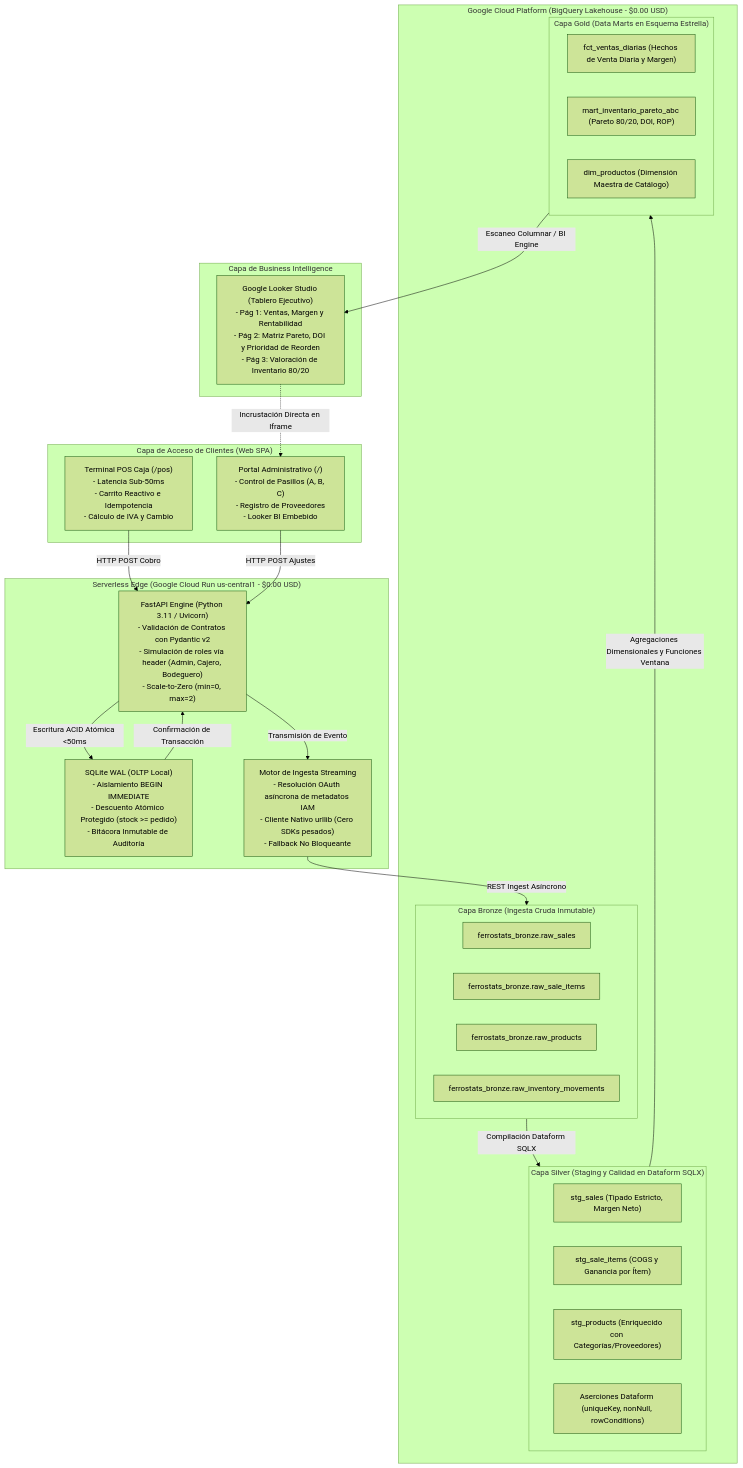
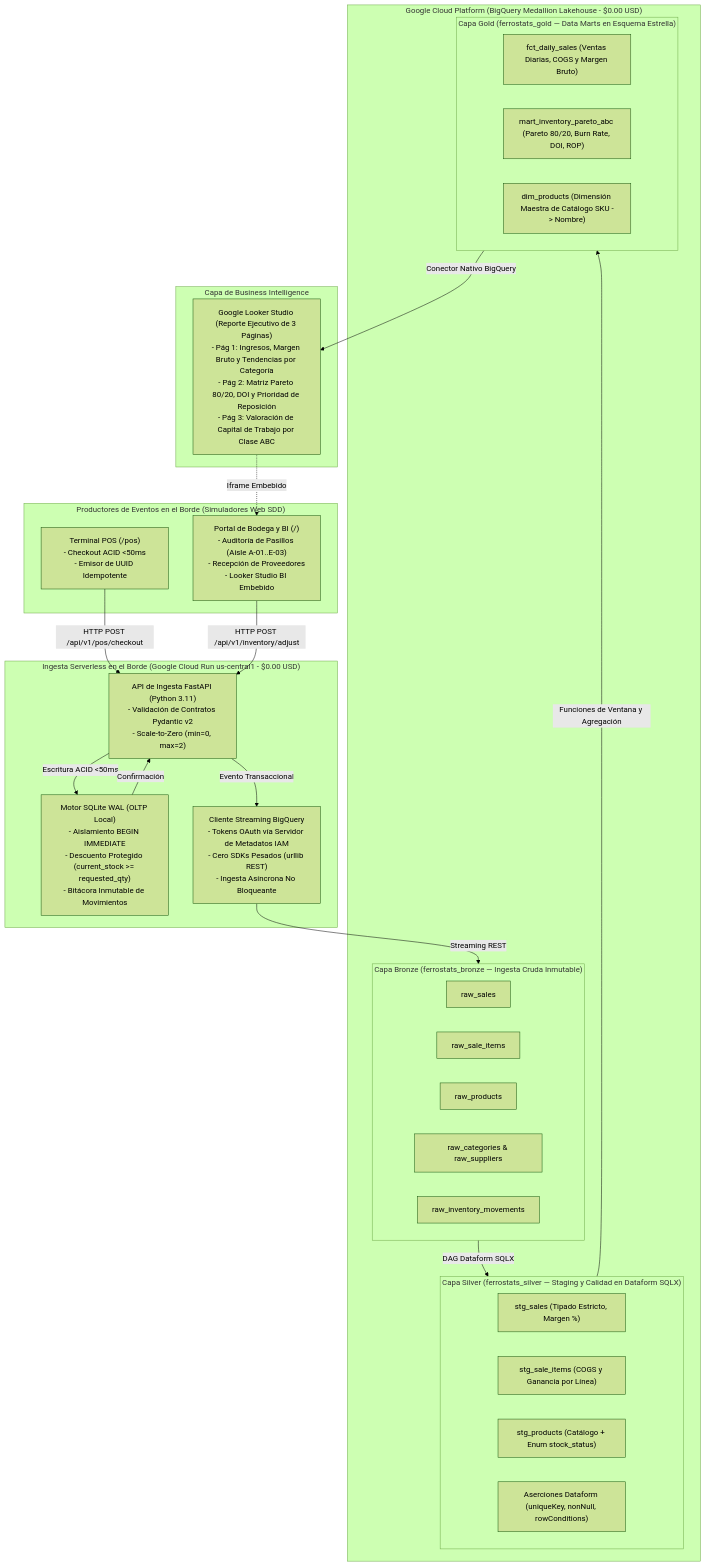
Before and after one commit to bapatata688/Ferrostats: the diagram in README.es.md, drawn with Mermaid (forest theme). The commit also changed other lines of this file and 24 other files, not shown here.

Commit message:
feat(data-platform): standardize English catalog, Dataform Gold marts, POS/BI UI & SDD README

````diff
--- a/README.es.md
+++ b/README.es.md
@@ -88,51 +60,52 @@
 ```mermaid
 flowchart TD
-    subgraph CLIENT["Capa de Acceso de Clientes (Web SPA)"]
-        UI_POS["Terminal POS Caja (/pos)\n- Latencia Sub-50ms\n- Carrito Reactivo e Idempotencia\n- Cálculo de IVA y Cambio"]
-        UI_MGR["Portal Administrativo (/)\n- Control de Pasillos (A, B, C)\n- Registro de Proveedores\n- Looker BI Embebido"]
+    subgraph CLIENT["Productores de Eventos en el Borde (Simuladores Web SDD)"]
+        UI_POS["Terminal POS (/pos)\n- Checkout ACID <50ms\n- Emisor de UUID Idempotente"]
+        UI_MGR["Portal de Bodega y BI (/)\n- Auditoría de Pasillos (Aisle A-01..E-03)\n- Recepción de Proveedores\n- Looker Studio BI Embebido"]
     end
 
-    subgraph CLOUD_RUN["Serverless Edge (Google Cloud Run us-central1 - $0.00 USD)"]
-        FASTAPI["FastAPI Engine (Python 3.11 / Uvicorn)\n- Validación de Contratos con Pydantic v2\n- Simulación de roles vía header (Admin, Cajero, Bodeguero)\n- Scale-to-Zero (min=0, max=2)"]
-        SQLITE["SQLite WAL (OLTP Local)\n- Aislamiento BEGIN IMMEDIATE\n- Descuento Atómico Protegido (stock >= pedido)\n- Bitácora Inmutable de Auditoría"]
-        SYNC_ENGINE["Motor de Ingesta Streaming\n- Resolución OAuth asíncrona de metadatos IAM\n- Cliente Nativo urllib (Cero SDKs pesados)\n- Fallback No Bloqueante"]
+    subgraph CLOUD_RUN["Ingesta Serverless en el Borde (Google Cloud Run us-central1 - $0.00 USD)"]
+        FASTAPI["API de Ingesta FastAPI (Python 3.11)\n- Validación de Contratos Pydantic v2\n- Scale-to-Zero (min=0, max=2)"]
+        SQLITE["Motor SQLite WAL (OLTP Local)\n- Aislamiento BEGIN IMMEDIATE\n- Descuento Protegido (current_stock >= requested_qty)\n- Bitácora Inmutable de Movimientos"]
+        SYNC_ENGINE["Cliente Streaming BigQuery\n- Tokens OAuth vía Servidor de Metadatos IAM\n- Cero SDKs Pesados (urllib REST)\n- Ingesta Asíncrona No Bloqueante"]
     end
 
-    subgraph GCP_DATA_PLATFORM["Google Cloud Platform (BigQuery Lakehouse - $0.00 USD)"]
-        subgraph BRONZE["Capa Bronze (Ingesta Cruda Inmutable)"]
-            BQ_RAW_SALES["ferrostats_bronze.raw_sales"]
-            BQ_RAW_ITEMS["ferrostats_bronze.raw_sale_items"]
-            BQ_RAW_PROD["ferrostats_bronze.raw_products"]
-            BQ_RAW_MOV["ferrostats_bronze.raw_inventory_movements"]
+    subgraph GCP_DATA_PLATFORM["Google Cloud Platform (BigQuery Medallion Lakehouse - $0.00 USD)"]
+        subgraph BRONZE["Capa Bronze (ferrostats_bronze — Ingesta Cruda Inmutable)"]
+            BQ_RAW_SALES["raw_sales"]
+            BQ_RAW_ITEMS["raw_sale_items"]
+            BQ_RAW_PROD["raw_products"]
+            BQ_RAW_CAT["raw_categories & raw_suppliers"]
+            BQ_RAW_MOV["raw_inventory_movements"]
         end
 
-        subgraph SILVER["Capa Silver (Staging y Calidad en Dataform SQLX)"]
-            DF_STG_SALES["stg_sales (Tipado Estricto, Margen Neto)"]
-            DF_STG_ITEMS["stg_sale_items (COGS y Ganancia por Ítem)"]
-            DF_STG_PROD["stg_products (Enriquecido con Categorías/Proveedores)"]
+        subgraph SILVER["Capa Silver (ferrostats_silver — Staging y Calidad en Dataform SQLX)"]
+            DF_STG_SALES["stg_sales (Tipado Estricto, Margen %)"]
+            DF_STG_ITEMS["stg_sale_items (COGS y Ganancia por Línea)"]
+            DF_STG_PROD["stg_products (Catálogo + Enum stock_status)"]
             DF_ASSERT["Aserciones Dataform (uniqueKey, nonNull, rowConditions)"]
         end
 
-        subgraph GOLD["Capa Gold (Data Marts en Esquema Estrella)"]
-            DM_SALES["fct_ventas_diarias (Hechos de Venta Diaria y Margen)"]
-            DM_PARETO["mart_inventario_pareto_abc (Pareto 80/20, DOI, ROP)"]
-            DM_PROD["dim_productos (Dimensión Maestra de Catálogo)"]
+        subgraph GOLD["Capa Gold (ferrostats_gold — Data Marts en Esquema Estrella)"]
+            DM_SALES["fct_daily_sales (Ventas Diarias, COGS y Margen Bruto)"]
+            DM_PARETO["mart_inventory_pareto_abc (Pareto 80/20, Burn Rate, DOI, ROP)"]
+            DM_PROD["dim_products (Dimensión Maestra de Catálogo SKU -> Nombre)"]
         end
     end
 
     subgraph BI_VIZ["Capa de Business Intelligence"]
-        LOOKER["Google Looker Studio (Tablero Ejecutivo)\n- Pág 1: Ventas, Margen y Rentabilidad\n- Pág 2: Matriz Pareto, DOI y Prioridad de Reorden\n- Pág 3: Valoración de Inventario 80/20"]
+        LOOKER["Google Looker Studio (Reporte Ejecutivo de 3 Páginas)\n- Pág 1: Ingresos, Margen Bruto y Tendencias por Categoría\n- Pág 2: Matriz Pareto 80/20, DOI y Prioridad de Reposición\n- Pág 3: Valoración de Capital de Trabajo por Clase ABC"]
     end
 
-    UI_POS -->|HTTP POST Cobro| FASTAPI
-    UI_MGR -->|HTTP POST Ajustes| FASTAPI
-    FASTAPI -->|Escritura ACID Atómica <50ms| SQLITE
-    SQLITE -->|Confirmación de Transacción| FASTAPI
-    FASTAPI -->|Transmisión de Evento| SYNC_ENGINE
-    SYNC_ENGINE -->|REST Ingest Asíncrono| BRONZE
+    UI_POS -->|HTTP POST /api/v1/pos/checkout| FASTAPI
+    UI_MGR -->|HTTP POST /api/v1/inventory/adjust| FASTAPI
+    FASTAPI -->|Escritura ACID <50ms| SQLITE
+    SQLITE -->|Confirmación| FASTAPI
+    FASTAPI -->|Evento Transaccional| SYNC_ENGINE
+    SYNC_ENGINE -->|Streaming REST| BRONZE
 
-    BRONZE -->|Compilación Dataform SQLX| SILVER
-    SILVER -->|Agregaciones Dimensionales y Funciones Ventana| GOLD
-    GOLD -->|Escaneo Columnar / BI Engine| LOOKER
-    LOOKER -.->|Incrustación Directa en Iframe| UI_MGR
+    BRONZE -->|DAG Dataform SQLX| SILVER
+    SILVER -->|Funciones de Ventana y Agregación| GOLD
+    GOLD -->|Conector Nativo BigQuery| LOOKER
+    LOOKER -.->|Iframe Embebido| UI_MGR
 ```
````
